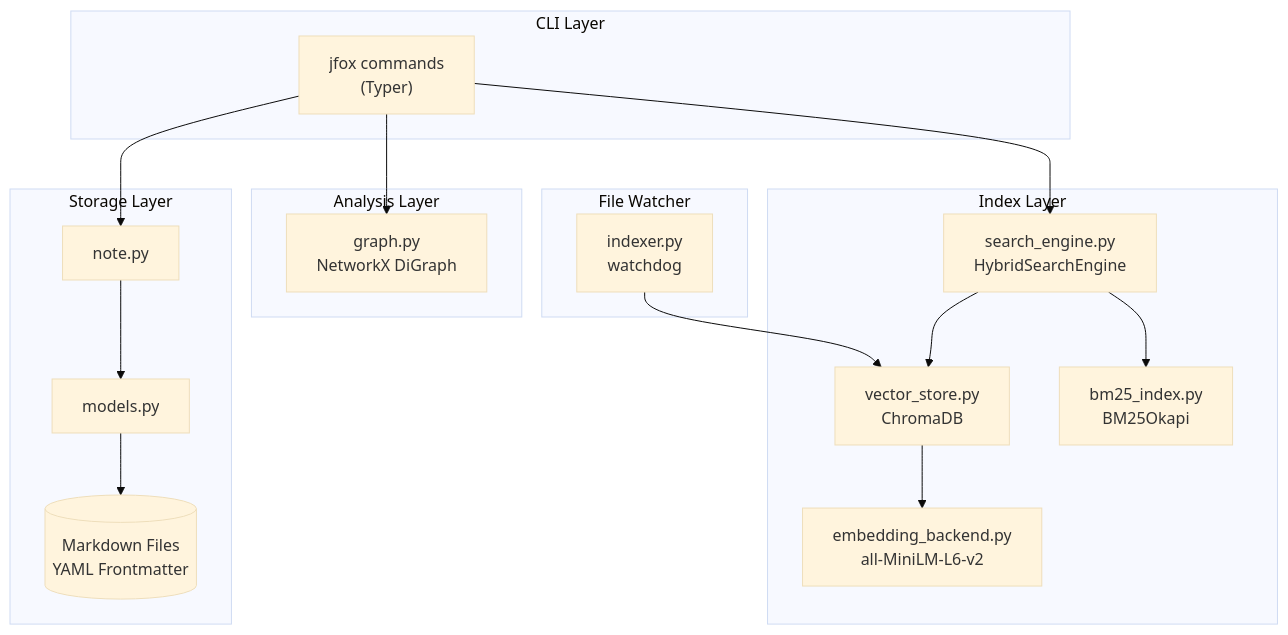
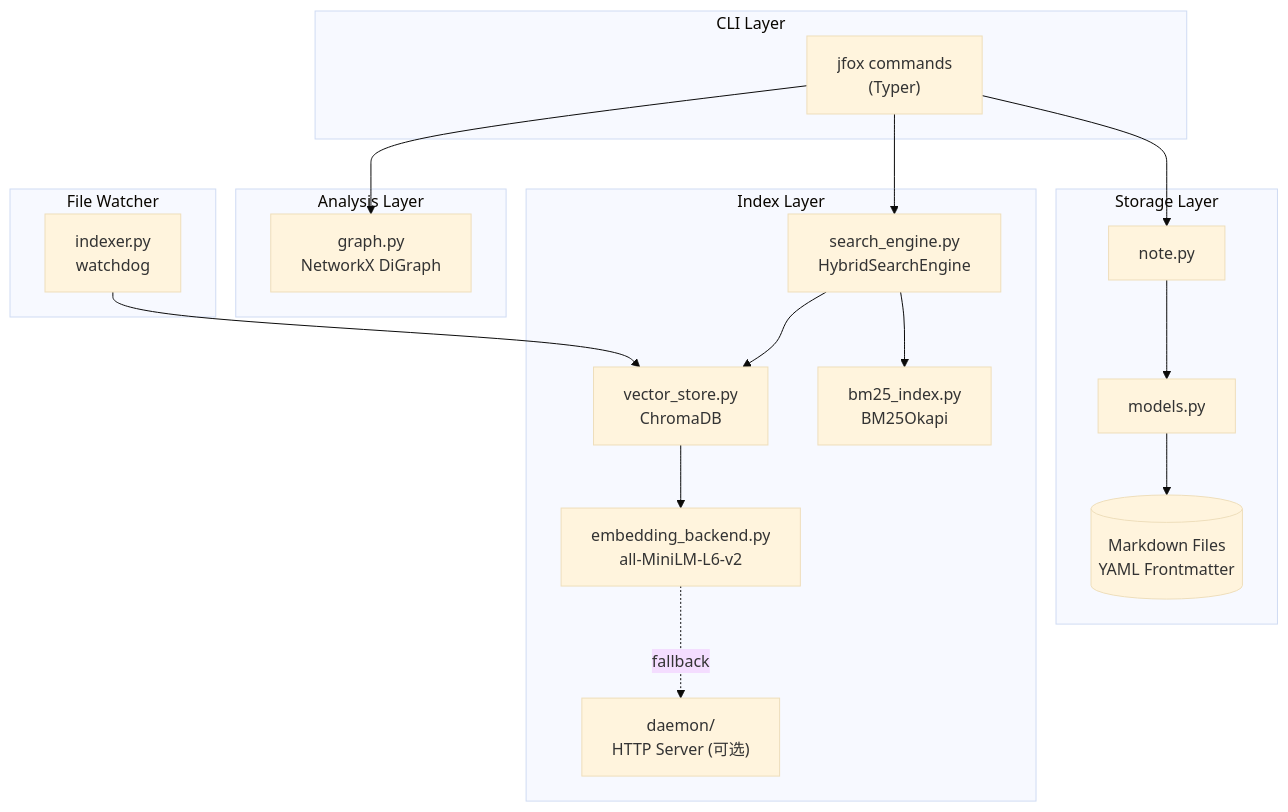
The first of 5 diagrams in README.md (zhuxixi/jfox), drawn with Mermaid (base theme) before and after one commit. The commit also changed other lines of this file and 10 other files, not shown here.

````diff
--- a/README.md
+++ b/README.md
@@ -42,29 +42,31 @@
 ```mermaid
 graph TB
     subgraph CLI ["CLI Layer"]
         cmd["jfox commands<br/>(Typer)"]
     end
     subgraph Storage ["Storage Layer"]
         note[note.py]
         models[models.py]
         md[("Markdown Files<br/>YAML Frontmatter")]
     end
     subgraph Index ["Index Layer"]
         se[search_engine.py<br/>HybridSearchEngine]
         vs[vector_store.py<br/>ChromaDB]
         bm[bm25_index.py<br/>BM25Okapi]
         emb[embedding_backend.py<br/>all-MiniLM-L6-v2]
+        daemon["daemon/<br/>HTTP Server (可选)"]
     end
     subgraph Analysis ["Analysis Layer"]
         gph["graph.py<br/>NetworkX DiGraph"]
     end
     subgraph Watcher ["File Watcher"]
         idx[indexer.py<br/>watchdog]
     end
 
     cmd --> note & se & gph
     note --> models --> md
     se --> vs & bm
     vs --> emb
+    emb -.->|"fallback"| daemon
     idx --> vs
 ```
````
